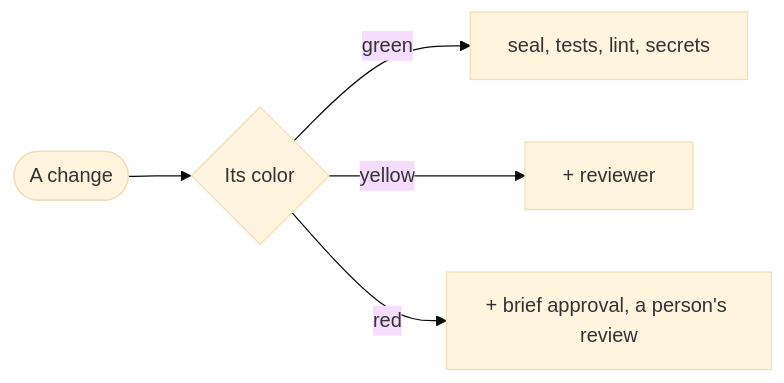
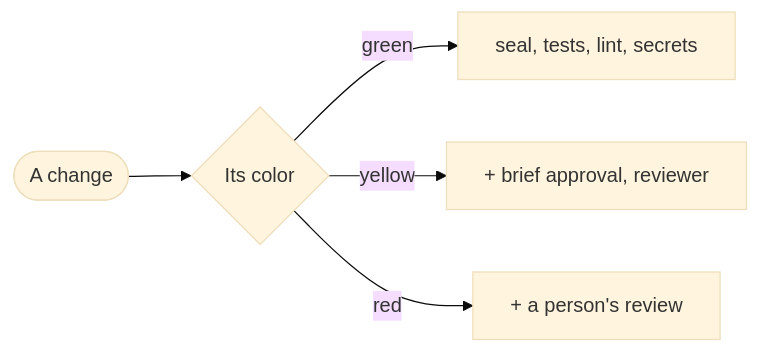
The diagram in skills/gdd-prepare/assets/blueprint.md (MarsGotta/gdd), drawn with Mermaid (base theme) before and after one commit. The commit also changed other lines of this file and 38 other files, not shown here.

First line of the commit message:
Approve the brief on yellow again, judge every finished build, and move the skills to 0.10.1

````diff
--- a/skills/gdd-prepare/assets/blueprint.md
+++ b/skills/gdd-prepare/assets/blueprint.md
@@ -107,7 +107,7 @@
 ```mermaid
 flowchart LR
   change([A change]) --> color{Its color}
   color -->|green| green[seal, tests, lint, secrets]
-  color -->|yellow| yellow[+ reviewer]
-  color -->|red| red[+ brief approval, a person's review]
+  color -->|yellow| yellow[+ brief approval, reviewer]
+  color -->|red| red[+ a person's review]
 ```
````
